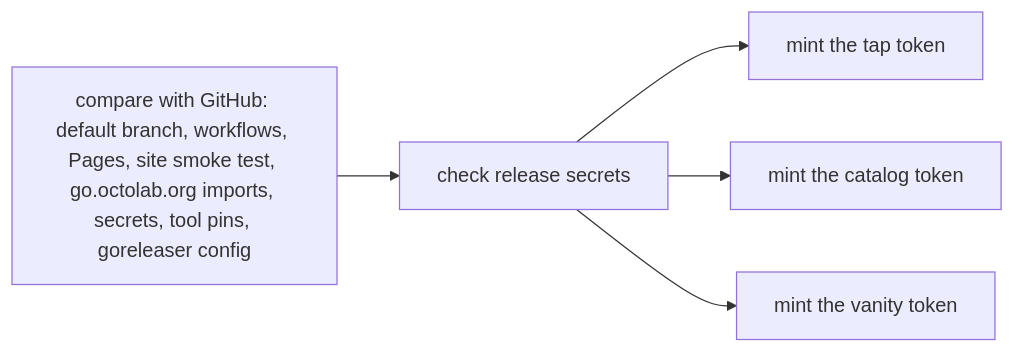
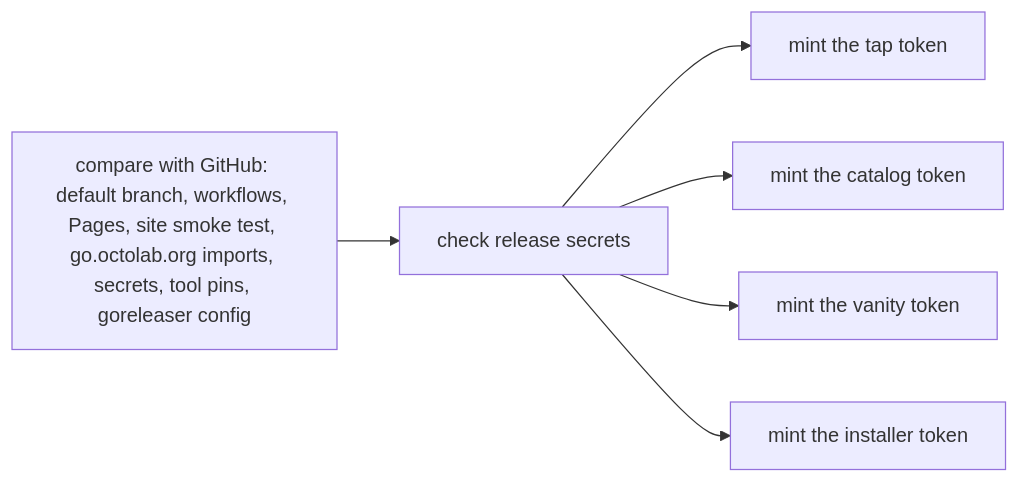
Before and after one commit to octomation/maintainer: the sixth of 10 diagrams in .github/workflows/README.md, drawn with Mermaid. The commit also changed other lines of this file and 5 other files, not shown here.

Commit message:
docs(install): install from install.octolab.org and check the App on octolab/install, issue #582

````diff
--- a/.github/workflows/README.md
+++ b/.github/workflows/README.md
@@ -267,4 +280,4 @@
 ```mermaid
 flowchart LR
-  doctor[compare with GitHub: default branch, workflows, Pages, site smoke test, go.octolab.org imports, secrets, tool pins, goreleaser config] --> preflight[check release secrets] --> token[mint the tap token] & catalog[mint the catalog token] & vanity[mint the vanity token]
+  doctor[compare with GitHub: default branch, workflows, Pages, site smoke test, go.octolab.org imports, secrets, tool pins, goreleaser config] --> preflight[check release secrets] --> token[mint the tap token] & catalog[mint the catalog token] & vanity[mint the vanity token] & installer[mint the installer token]
 ```
````
